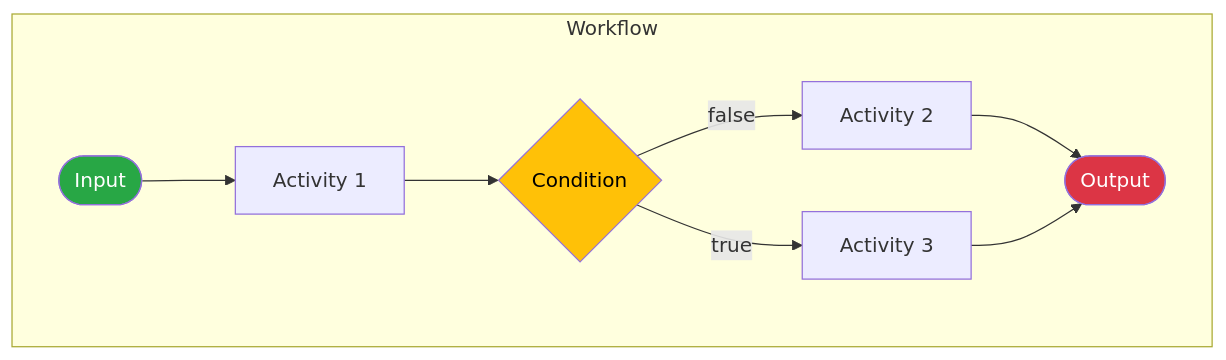
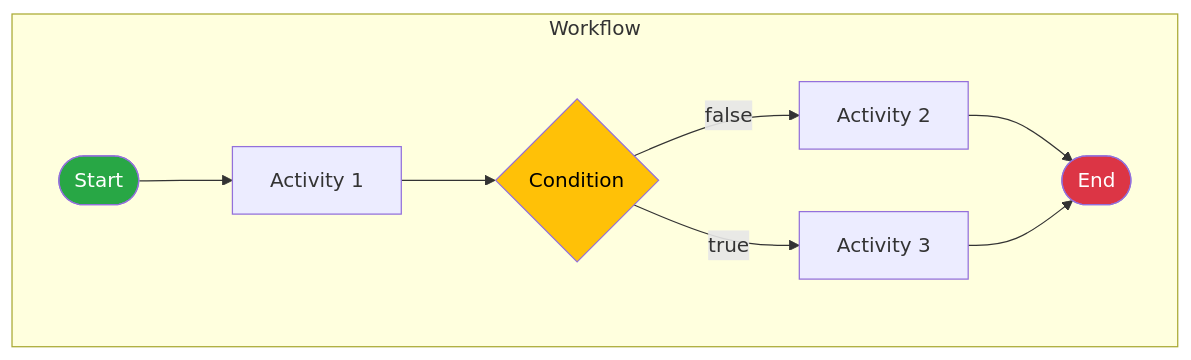
The diagram in .demo/slides/02-dapr-workflow/04-dapr-workflow-explanation.md (diagrid-labs/dapr-workflow-concerto), drawn with Mermaid before and after one commit. The commit also changed 31 other files, not shown here.

````diff
--- a/.demo/slides/02-dapr-workflow/04-dapr-workflow-explanation.md
+++ b/.demo/slides/02-dapr-workflow/04-dapr-workflow-explanation.md
@@ -12,18 +12,18 @@
 ```mermaid
 graph LR
     subgraph Workflow
     direction LR
-    Start([Input])
-    End([Output])
+    Start([Start])
+    End([End])
     Start --> A1[Activity 1]
     A1 --> IF{Condition}
     IF--false-->A2[Activity 2]
     IF--true-->A3[Activity 3]
     A2 --> End 
     A3 --> End
     end
     
     style Start fill:#28a745,color:#ffffff
     style End fill:#dc3545,color:#ffffff
     style IF fill:#ffc107,color:#000000
 ```
````
